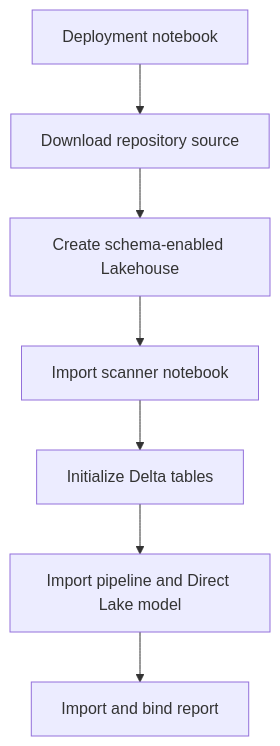
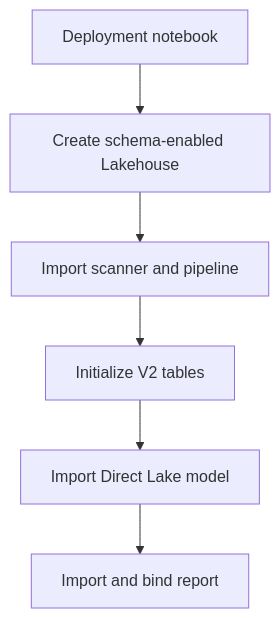
Before and after one commit to ZeonZheng/fabric-semantic-model-optimization: the second of 2 diagrams in docs/architecture.md, drawn with Mermaid. The commit also changed other lines of this file and 39 other files, not shown here.

````diff
--- a/docs/architecture.md
+++ b/docs/architecture.md
@@ -27,9 +28,8 @@
 ```mermaid
 flowchart TD
-    A[Deployment notebook] --> B[Download repository source]
-    B --> C[Create schema-enabled Lakehouse]
-    C --> D[Import scanner notebook]
-    D --> E[Initialize Delta tables]
-    E --> F[Import pipeline and Direct Lake model]
-    F --> G[Import and bind report]
+    A[Deployment notebook] --> B[Create schema-enabled Lakehouse]
+    B --> C[Import scanner and pipeline]
+    C --> D[Initialize V2 tables]
+    D --> E[Import Direct Lake model]
+    E --> F[Import and bind report]
 ```
````
